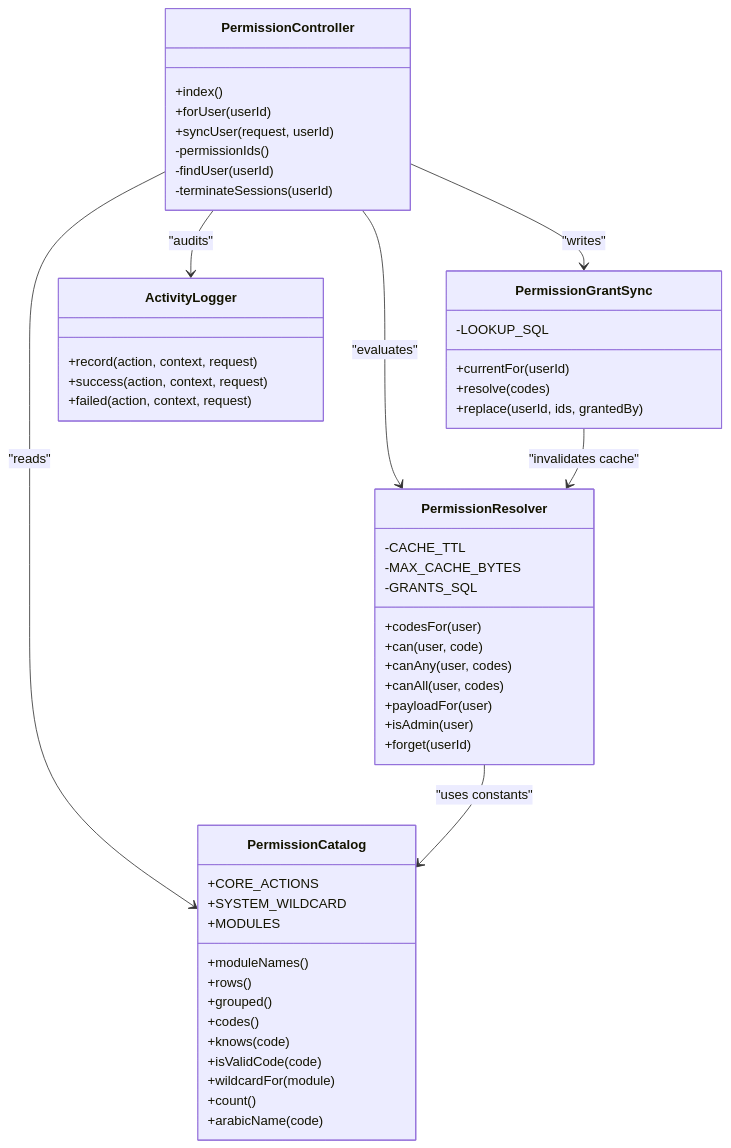
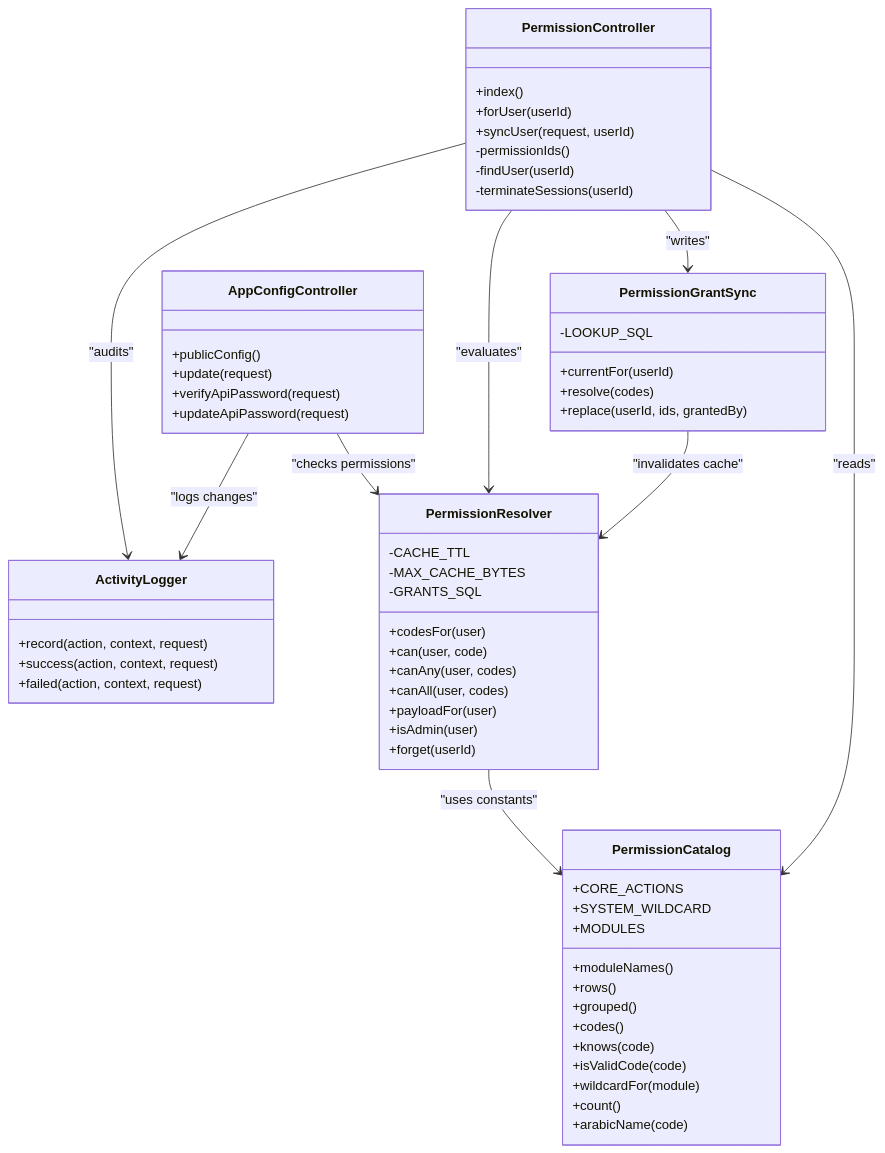
One commit to Aporaad/ky_apps changed the second of 10 diagrams in .qoder/repowiki/en/content/Frontend Development Guide/Feature Modules/Admin Module/Permission Management.md. Above: the diagram before and after it, drawn with Mermaid. The commit also changed other lines of this file and 58 other files, not shown here.

````diff
--- a/.qoder/repowiki/en/content/Frontend Development Guide/Feature Modules/Admin Module/Permission Management.md
+++ b/.qoder/repowiki/en/content/Frontend Development Guide/Feature Modules/Admin Module/Permission Management.md
@@ -98,54 +117,62 @@
 ```mermaid
 classDiagram
 class PermissionCatalog {
 +CORE_ACTIONS
 +SYSTEM_WILDCARD
 +MODULES
 +moduleNames()
 +rows()
 +grouped()
 +codes()
 +knows(code)
 +isValidCode(code)
 +wildcardFor(module)
 +count()
 +arabicName(code)
 }
 class PermissionResolver {
 -CACHE_TTL
 -MAX_CACHE_BYTES
 -GRANTS_SQL
 +codesFor(user)
 +can(user, code)
 +canAny(user, codes)
 +canAll(user, codes)
 +payloadFor(user)
 +isAdmin(user)
 +forget(userId)
 }
 class PermissionGrantSync {
 -LOOKUP_SQL
 +currentFor(userId)
 +resolve(codes)
 +replace(userId, ids, grantedBy)
 }
 class PermissionController {
 +index()
 +forUser(userId)
 +syncUser(request, userId)
 -permissionIds()
 -findUser(userId)
 -terminateSessions(userId)
 }
+class AppConfigController {
++publicConfig()
++update(request)
++verifyApiPassword(request)
++updateApiPassword(request)
+}
 class ActivityLogger {
 +record(action, context, request)
 +success(action, context, request)
 +failed(action, context, request)
 }
 PermissionController --> PermissionCatalog : "reads"
 PermissionController --> PermissionGrantSync : "writes"
 PermissionController --> PermissionResolver : "evaluates"
 PermissionController --> ActivityLogger : "audits"
+AppConfigController --> PermissionResolver : "checks permissions"
+AppConfigController --> ActivityLogger : "logs changes"
 PermissionGrantSync --> PermissionResolver : "invalidates cache"
 PermissionResolver --> PermissionCatalog : "uses constants"
 ```
````
